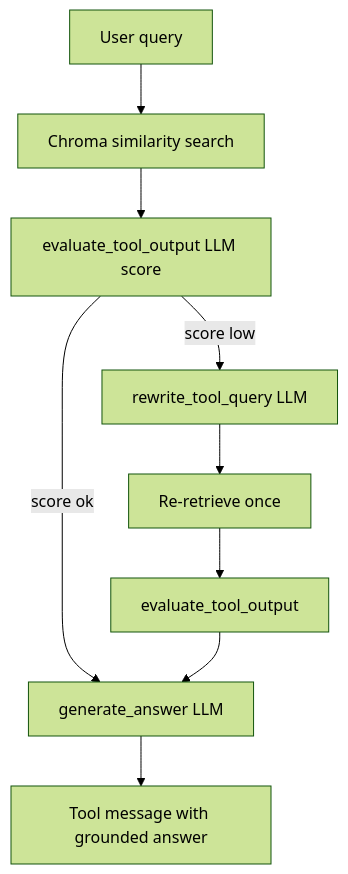
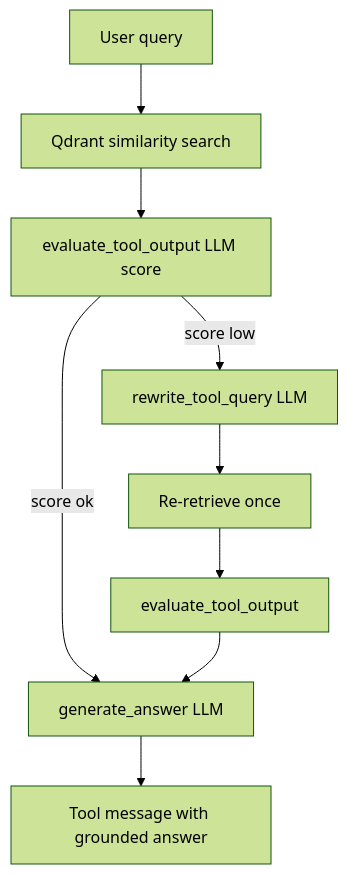
One commit to Edwinian/deep-agent changed the fifth of 6 diagrams in documentation.md. Above: the diagram before and after it, drawn with Mermaid (forest theme). The commit also changed other lines of this file and 8 other files, not shown here.

First line of the commit message:
Migrate RAG vector store from ChromaDB to Qdrant Cloud

````diff
--- a/documentation.md
+++ b/documentation.md
@@ -312,11 +320,11 @@
 ```mermaid
 flowchart TD
-    Q[User query] --> R[Chroma similarity search]
+    Q[User query] --> R[Qdrant similarity search]
     R --> E[evaluate_tool_output LLM score]
     E -->|score ok| GA[generate_answer LLM]
     E -->|score low| RW[rewrite_tool_query LLM]
     RW --> R2[Re-retrieve once]
     R2 --> E2[evaluate_tool_output]
     E2 --> GA
     GA --> TM[Tool message with grounded answer]
 ```
````
